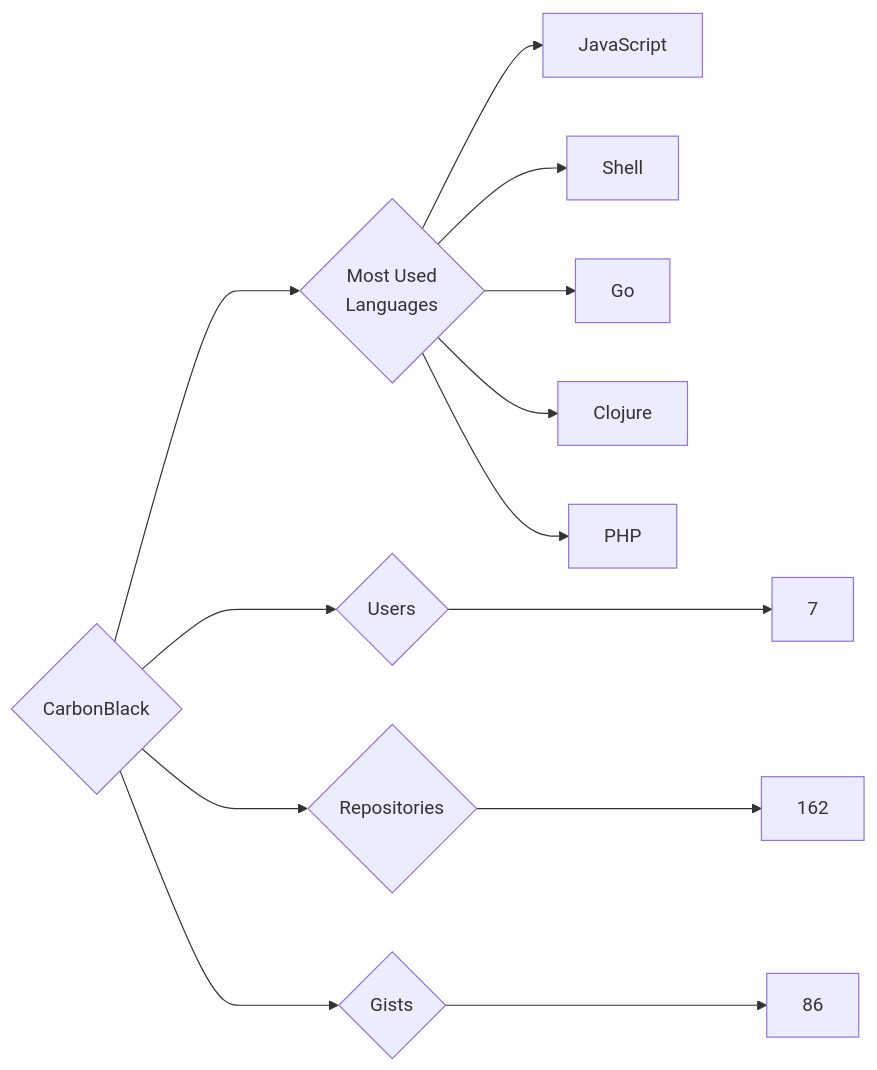
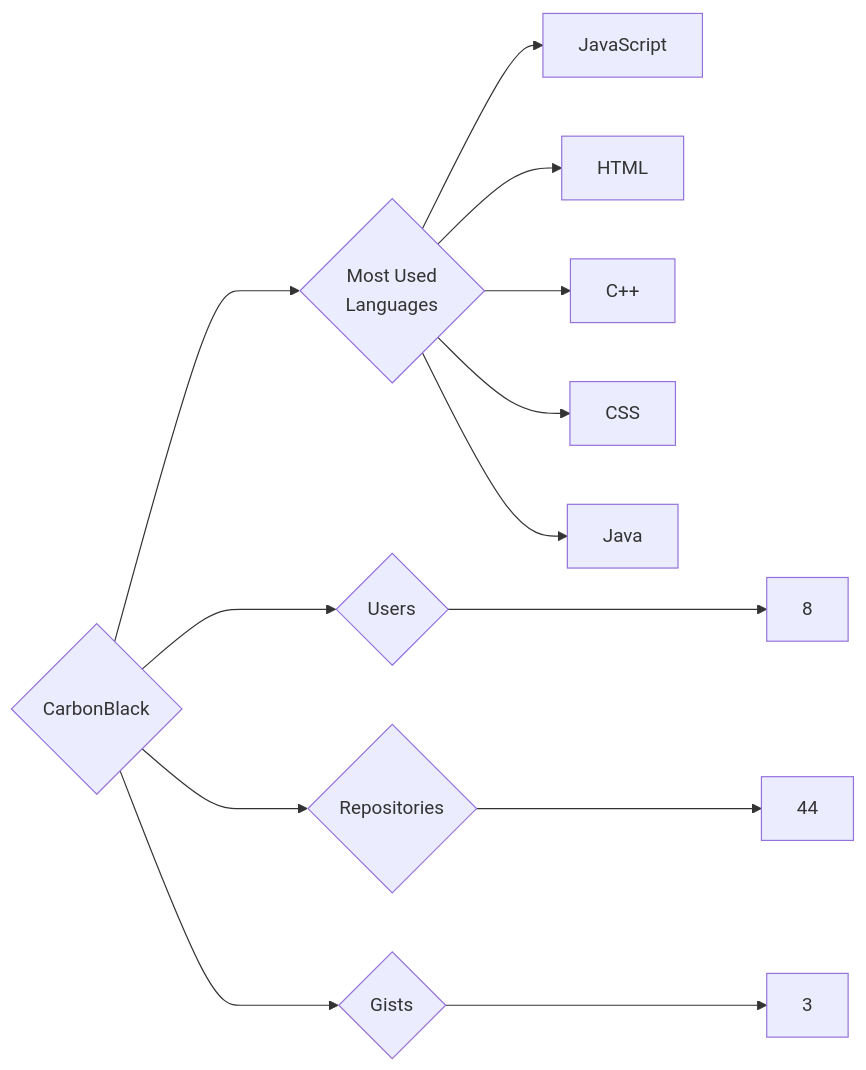
One commit to trickest/insiders changed the diagram in targets/CarbonBlack/README.md. Above: the diagram before and after it, drawn with Mermaid. The commit also changed 1195 other files, not shown here.

````diff
--- a/targets/CarbonBlack/README.md
+++ b/targets/CarbonBlack/README.md
@@ -3,13 +3,13 @@
 ```mermaid
 graph LR
 COMPANY_NAME{CarbonBlack}
-COMPANY_NAME ---> U{Users} ---> UN[7]
-COMPANY_NAME ---> R{Repositories} ---> RN[162]
-COMPANY_NAME ---> G{Gists} ---> GN[86]
+COMPANY_NAME ---> U{Users} ---> UN[8]
+COMPANY_NAME ---> R{Repositories} ---> RN[44]
+COMPANY_NAME ---> G{Gists} ---> GN[3]
 COMPANY_NAME ---> ML{Most Used<br>Languages}
 ML --> JavaScript[JavaScript]
-ML --> Shell[Shell]
-ML --> Go[Go]
-ML --> Clojure[Clojure]
-ML --> PHP[PHP]
+ML --> HTML[HTML]
+ML --> C++[C++]
+ML --> CSS[CSS]
+ML --> Java[Java]
 ```
````
